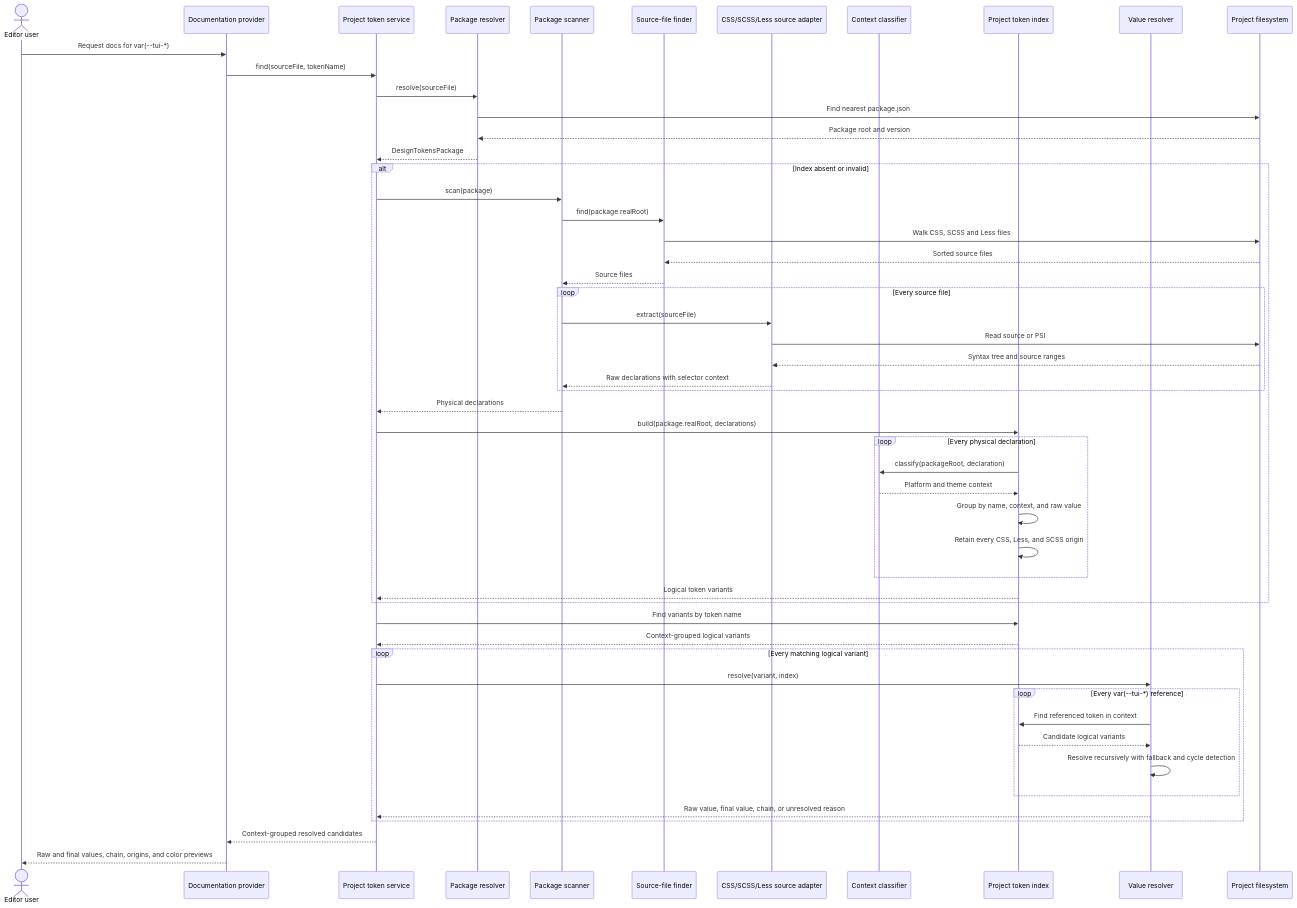
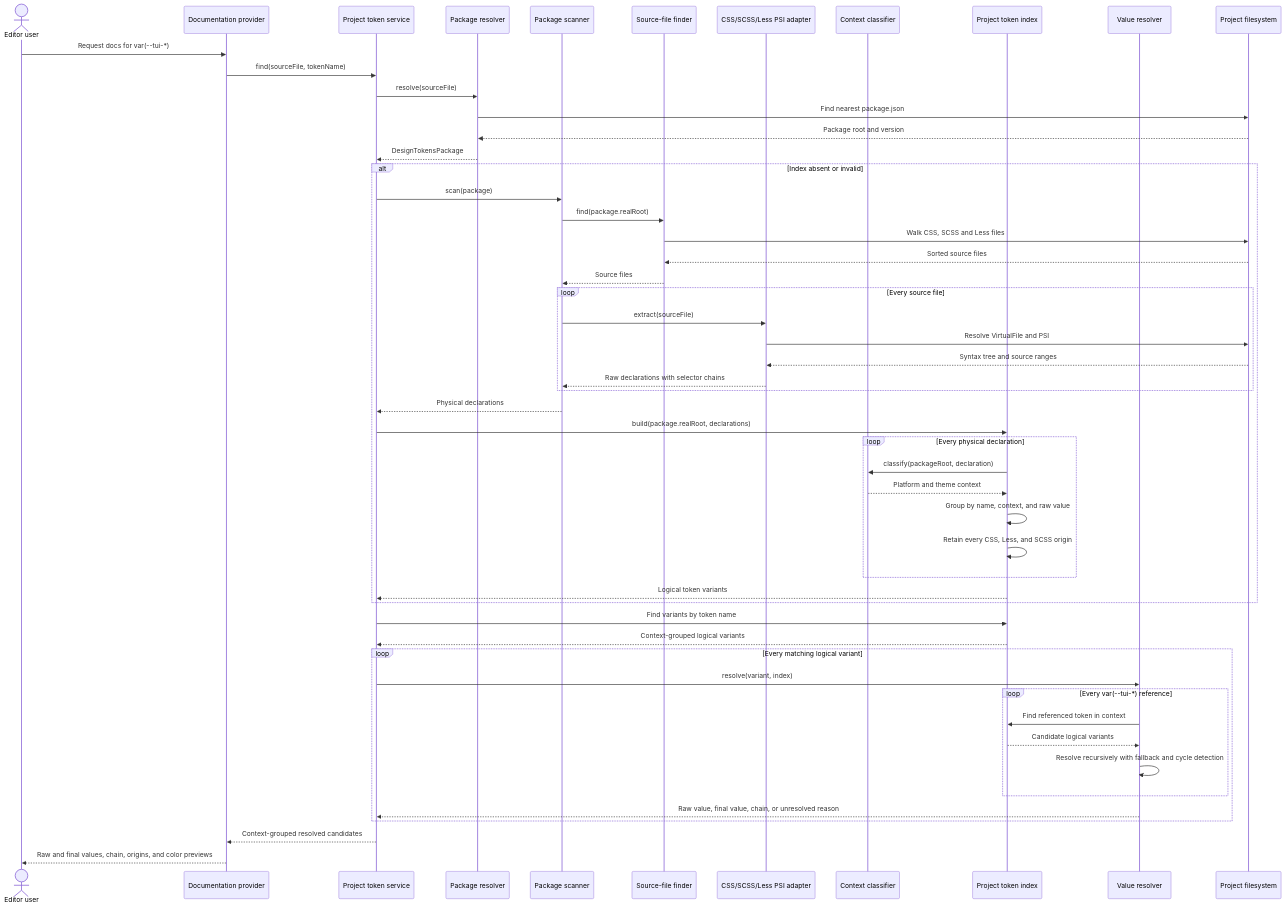
One commit to splincode-taiga-labs/taiga-design-tokens-plugin changed the diagram in README.md. Above: the diagram before and after it, drawn with Mermaid. The commit also changed other lines of this file, not shown here.

Commit message:
docs: document PSI extraction and quality gate

````diff
--- a/README.md
+++ b/README.md
@@ -32,66 +32,66 @@
 ```mermaid
 sequenceDiagram
     actor User as Editor user
     participant Docs as Documentation provider
     participant Service as Project token service
     participant Resolver as Package resolver
     participant Scanner as Package scanner
     participant Finder as Source-file finder
-    participant Extractor as CSS/SCSS/Less source adapter
+    participant Extractor as CSS/SCSS/Less PSI adapter
     participant Classifier as Context classifier
     participant Index as Project token index
     participant Values as Value resolver
     participant FS as Project filesystem
 
     User->>Docs: Request docs for var(--tui-*)
     Docs->>Service: find(sourceFile, tokenName)
     Service->>Resolver: resolve(sourceFile)
     Resolver->>FS: Find nearest package.json
     FS-->>Resolver: Package root and version
     Resolver-->>Service: DesignTokensPackage
 
     alt Index absent or invalid
         Service->>Scanner: scan(package)
         Scanner->>Finder: find(package.realRoot)
         Finder->>FS: Walk CSS, SCSS and Less files
         FS-->>Finder: Sorted source files
         Finder-->>Scanner: Source files
 
         loop Every source file
             Scanner->>Extractor: extract(sourceFile)
-            Extractor->>FS: Read source or PSI
+            Extractor->>FS: Resolve VirtualFile and PSI
             FS-->>Extractor: Syntax tree and source ranges
-            Extractor-->>Scanner: Raw declarations with selector context
+            Extractor-->>Scanner: Raw declarations with selector chains
         end
 
         Scanner-->>Service: Physical declarations
         Service->>Index: build(package.realRoot, declarations)
 
         loop Every physical declaration
             Index->>Classifier: classify(packageRoot, declaration)
             Classifier-->>Index: Platform and theme context
             Index->>Index: Group by name, context, and raw value
             Index->>Index: Retain every CSS, Less, and SCSS origin
         end
 
         Index-->>Service: Logical token variants
     end
 
     Service->>Index: Find variants by token name
     Index-->>Service: Context-grouped logical variants
 
     loop Every matching logical variant
         Service->>Values: resolve(variant, index)
 
         loop Every var(--tui-*) reference
             Values->>Index: Find referenced token in context
             Index-->>Values: Candidate logical variants
             Values->>Values: Resolve recursively with fallback and cycle detection
         end
 
         Values-->>Service: Raw value, final value, chain, or unresolved reason
     end
 
     Service-->>Docs: Context-grouped resolved candidates
     Docs-->>User: Raw and final values, chain, origins, and color previews
 ```
````
